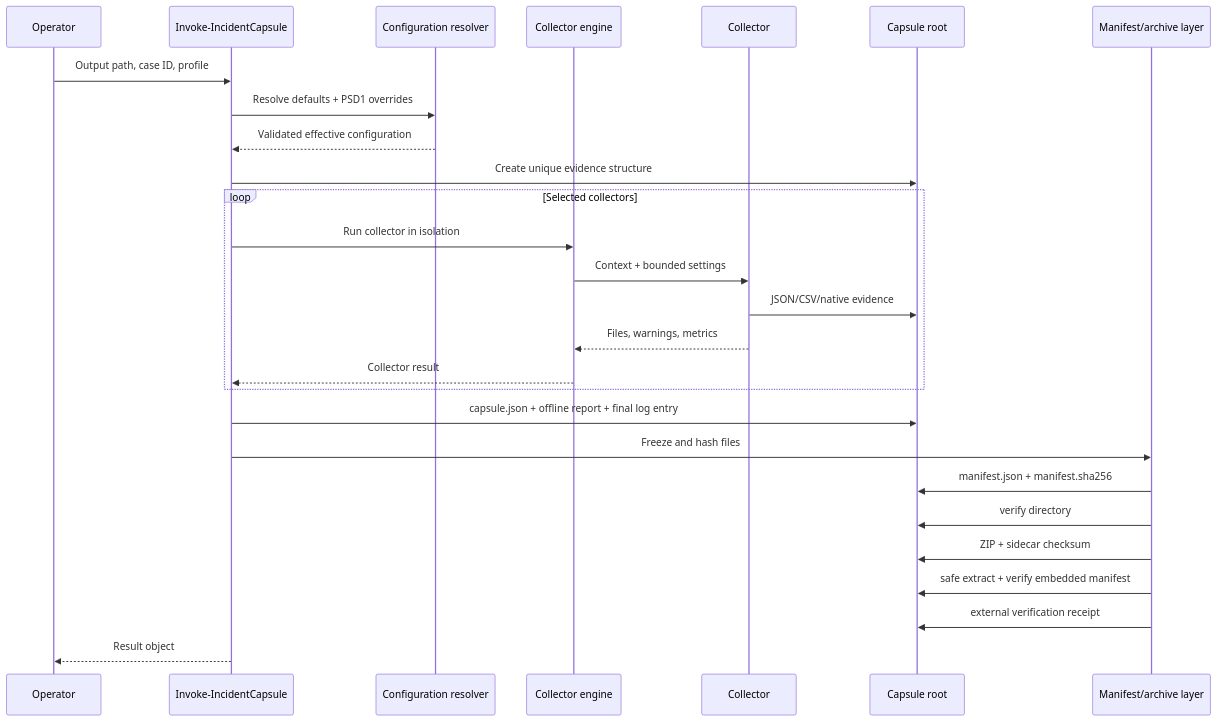
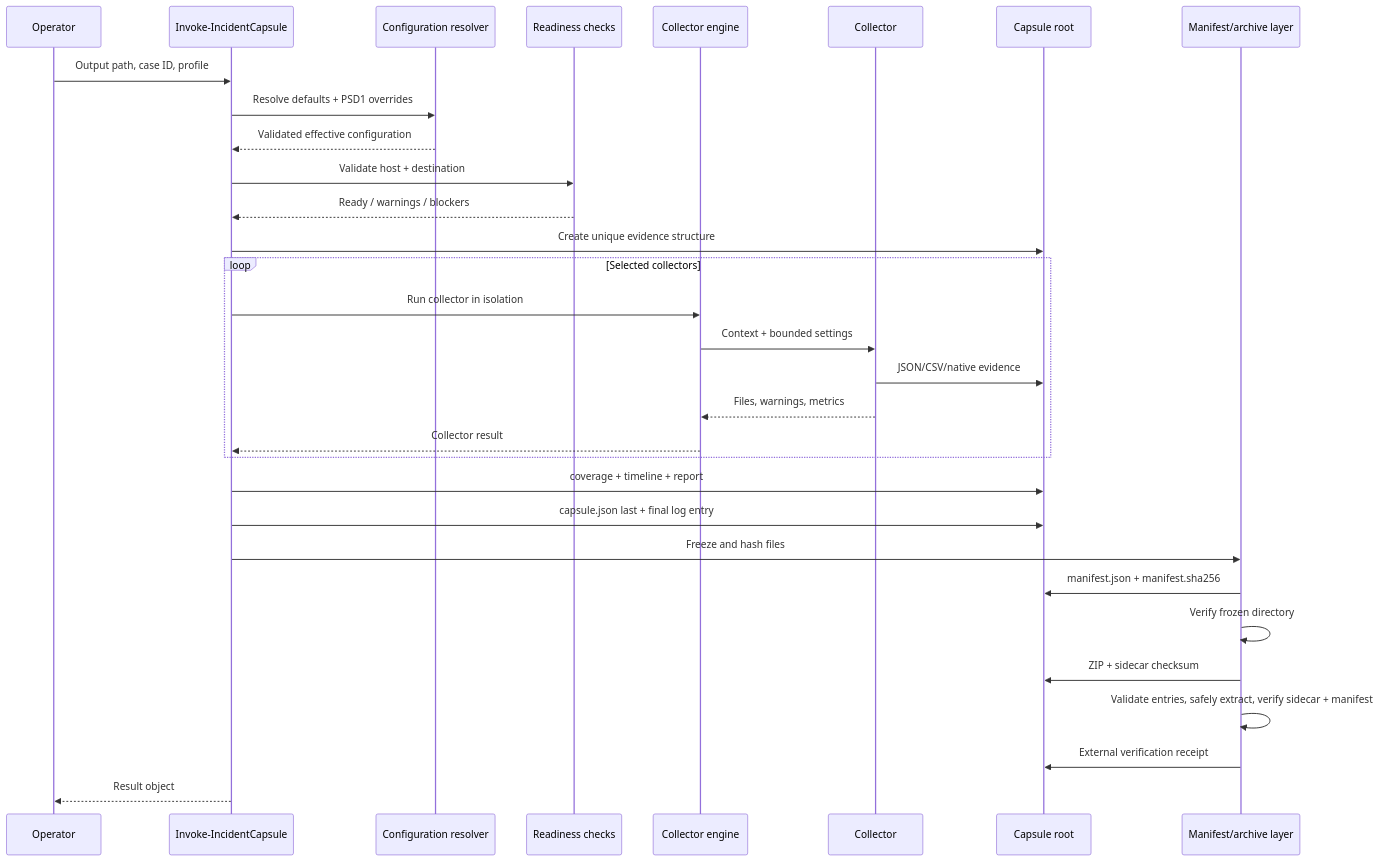
One commit to xGreeny/incident-capsule changed the diagram in docs/architecture.md. Above: the diagram before and after it, drawn with Mermaid. The commit also changed other lines of this file and 56 other files, not shown here.

````diff
--- a/docs/architecture.md
+++ b/docs/architecture.md
@@ -7,30 +7,34 @@
 ```mermaid
 sequenceDiagram
     participant Operator
     participant Invoke as Invoke-IncidentCapsule
     participant Config as Configuration resolver
+    participant Ready as Readiness checks
     participant Engine as Collector engine
     participant Collector
     participant Disk as Capsule root
     participant Integrity as Manifest/archive layer
 
     Operator->>Invoke: Output path, case ID, profile
     Invoke->>Config: Resolve defaults + PSD1 overrides
     Config-->>Invoke: Validated effective configuration
+    Invoke->>Ready: Validate host + destination
+    Ready-->>Invoke: Ready / warnings / blockers
     Invoke->>Disk: Create unique evidence structure
     loop Selected collectors
         Invoke->>Engine: Run collector in isolation
         Engine->>Collector: Context + bounded settings
         Collector->>Disk: JSON/CSV/native evidence
         Collector-->>Engine: Files, warnings, metrics
         Engine-->>Invoke: Collector result
     end
-    Invoke->>Disk: capsule.json + offline report + final log entry
+    Invoke->>Disk: coverage + timeline + report
+    Invoke->>Disk: capsule.json last + final log entry
     Invoke->>Integrity: Freeze and hash files
     Integrity->>Disk: manifest.json + manifest.sha256
-    Integrity->>Disk: verify directory
+    Integrity->>Integrity: Verify frozen directory
     Integrity->>Disk: ZIP + sidecar checksum
-    Integrity->>Disk: safe extract + verify embedded manifest
-    Integrity->>Disk: external verification receipt
+    Integrity->>Integrity: Validate entries, safely extract, verify sidecar + manifest
+    Integrity->>Disk: External verification receipt
     Invoke-->>Operator: Result object
 ```
````
